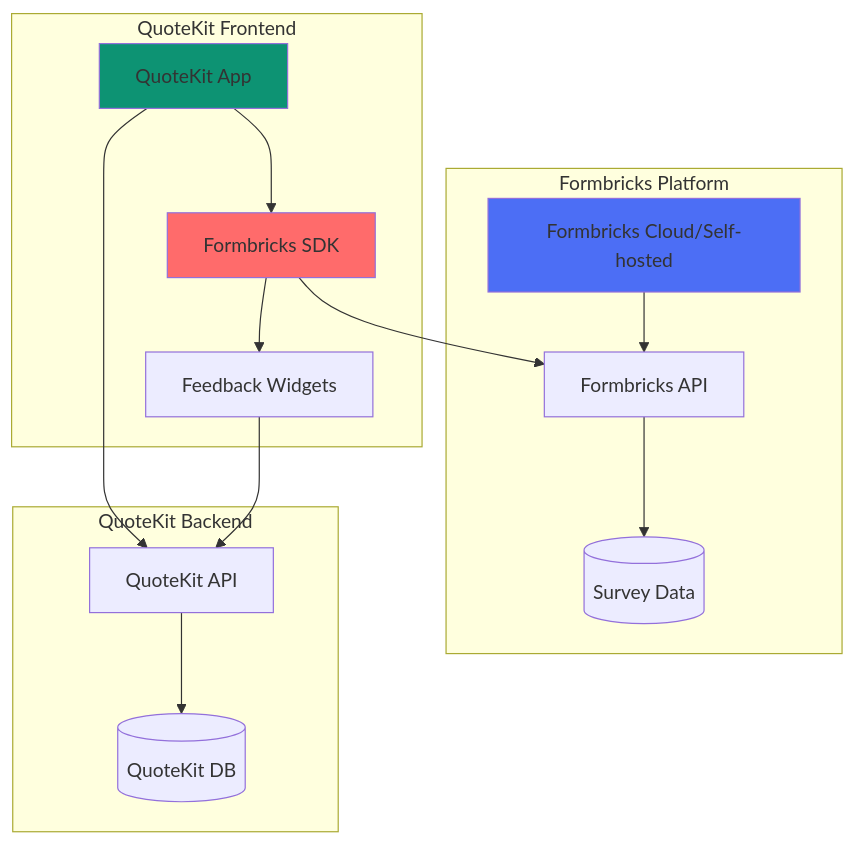
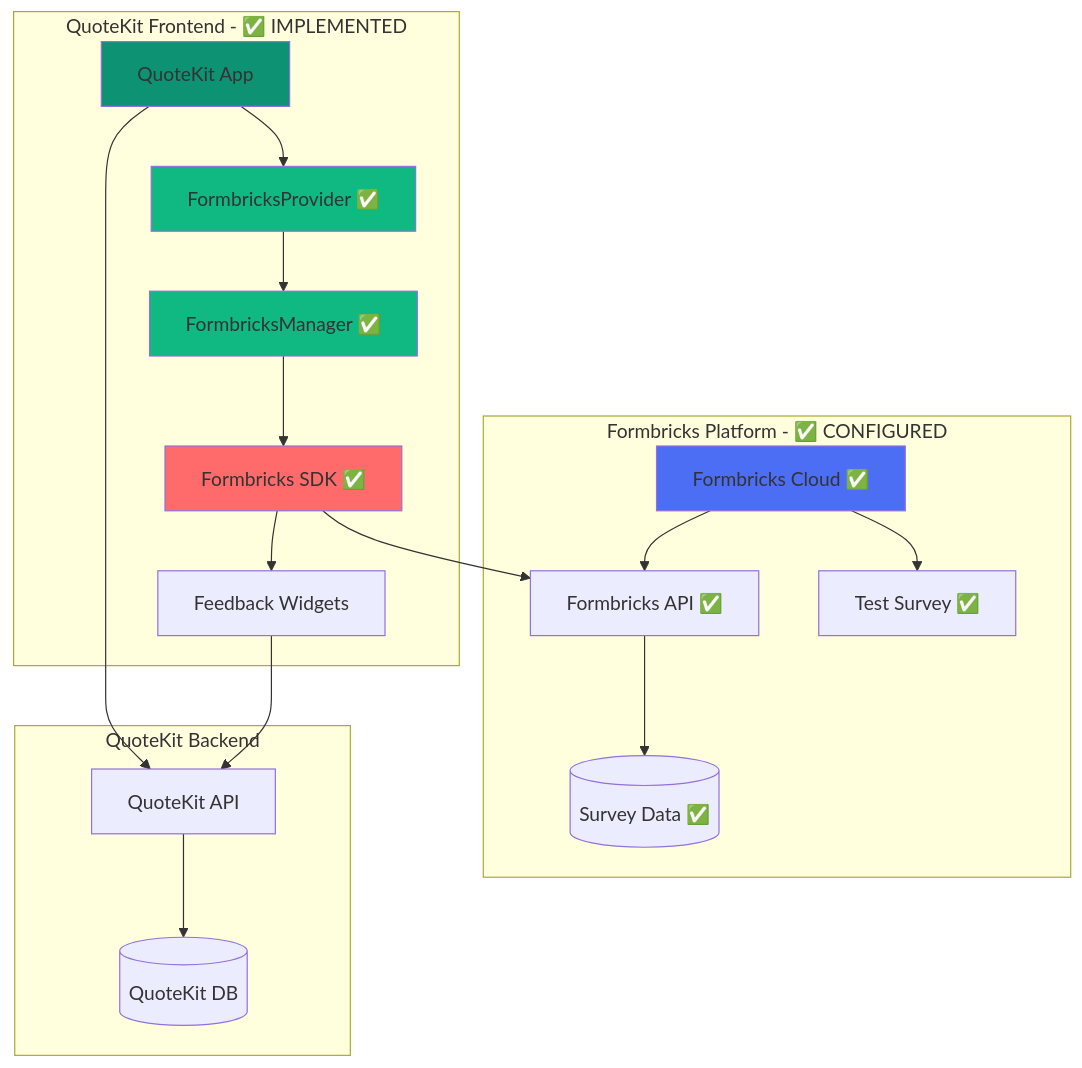
One commit to ai-rio/QuoteKit changed the diagram in docs/development/formbricks/03-technical-architecture.md. Above: the diagram before and after it, drawn with Mermaid. The commit also changed other lines of this file and 12 other files, not shown here.

````diff
--- a/docs/development/formbricks/03-technical-architecture.md
+++ b/docs/development/formbricks/03-technical-architecture.md
@@ -5,32 +9,40 @@
 ```mermaid
 graph TB
-    subgraph "QuoteKit Frontend"
+    subgraph "QuoteKit Frontend - ✅ IMPLEMENTED"
         QK[QuoteKit App]
-        FB[Formbricks SDK]
+        FB[Formbricks SDK ✅]
         FW[Feedback Widgets]
-        QK --> FB
+        FP[FormbricksProvider ✅]
+        FM[FormbricksManager ✅]
+        QK --> FP
+        FP --> FM
+        FM --> FB
         FB --> FW
     end
     
-    subgraph "Formbricks Platform"
-        FC[Formbricks Cloud/Self-hosted]
-        API[Formbricks API]
-        DB[(Survey Data)]
+    subgraph "Formbricks Platform - ✅ CONFIGURED"
+        FC[Formbricks Cloud ✅]
+        API[Formbricks API ✅]
+        DB[(Survey Data ✅)]
+        TS[Test Survey ✅]
         FC --> API
         API --> DB
+        FC --> TS
     end
     
     subgraph "QuoteKit Backend"
         QKB[QuoteKit API]
         QKDB[(QuoteKit DB)]
         QKB --> QKDB
     end
     
     FB --> API
     QK --> QKB
     FW --> QKB
     
     style QK fill:#0D9373
     style FB fill:#FF6B6B
     style FC fill:#4C6EF5
+    style FP fill:#10B981
+    style FM fill:#10B981
 ```
````
